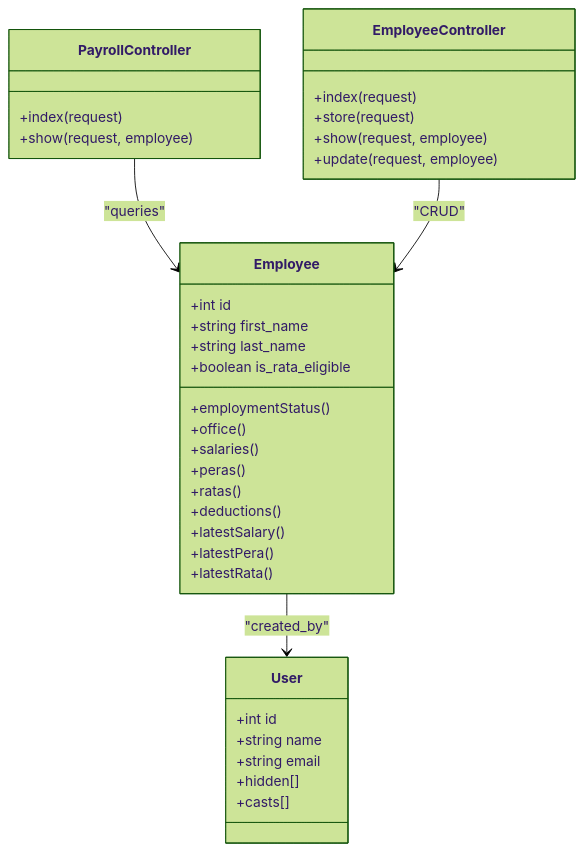
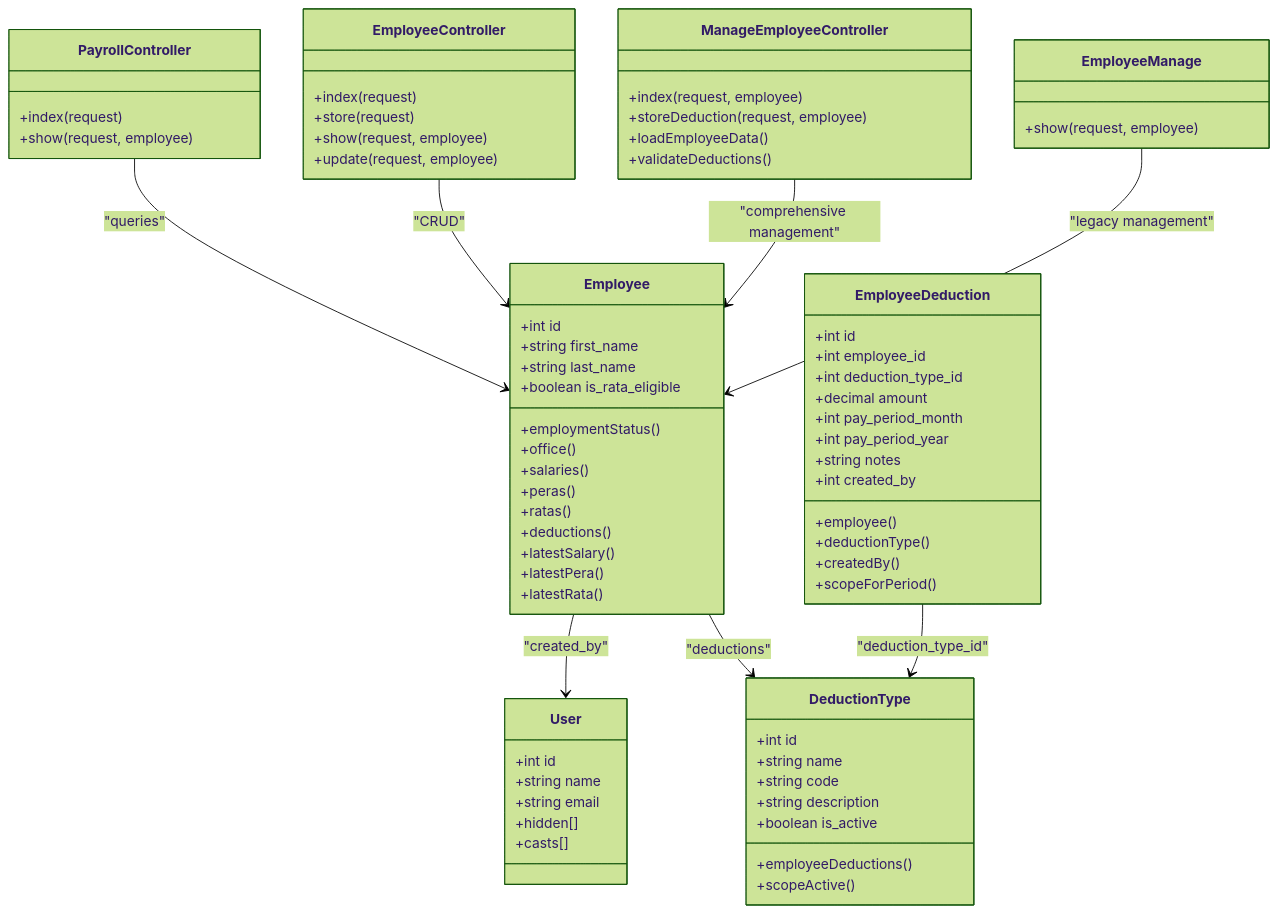
The third of 9 diagrams in .qoder/repowiki/en/content/Architecture Overview/Backend Architecture.md (vincet0t15/template), drawn with Mermaid (forest theme) before and after one commit. The commit also changed other lines of this file and 8 other files, not shown here.

````diff
--- a/.qoder/repowiki/en/content/Architecture Overview/Backend Architecture.md
+++ b/.qoder/repowiki/en/content/Architecture Overview/Backend Architecture.md
@@ -156,38 +201,74 @@
 ```mermaid
 classDiagram
 class Employee {
 +int id
 +string first_name
 +string last_name
 +boolean is_rata_eligible
 +employmentStatus()
 +office()
 +salaries()
 +peras()
 +ratas()
 +deductions()
 +latestSalary()
 +latestPera()
 +latestRata()
 }
 class User {
 +int id
 +string name
 +string email
 +hidden[]
 +casts[]
 }
+class DeductionType {
++int id
++string name
++string code
++string description
++boolean is_active
++employeeDeductions()
++scopeActive()
+}
+class EmployeeDeduction {
++int id
++int employee_id
++int deduction_type_id
++decimal amount
++int pay_period_month
++int pay_period_year
++string notes
++int created_by
++employee()
++deductionType()
++createdBy()
++scopeForPeriod()
+}
 class PayrollController {
 +index(request)
 +show(request, employee)
 }
 class EmployeeController {
 +index(request)
 +store(request)
 +show(request, employee)
 +update(request, employee)
 }
+class ManageEmployeeController {
++index(request, employee)
++storeDeduction(request, employee)
++loadEmployeeData()
++validateDeductions()
+}
+class EmployeeManage {
++show(request, employee)
+}
 Employee --> User : "created_by"
+Employee --> DeductionType : "deductions"
+EmployeeDeduction --> DeductionType : "deduction_type_id"
 PayrollController --> Employee : "queries"
 EmployeeController --> Employee : "CRUD"
+ManageEmployeeController --> Employee : "comprehensive management"
+EmployeeManage --> Employee : "legacy management"
 ```
````
